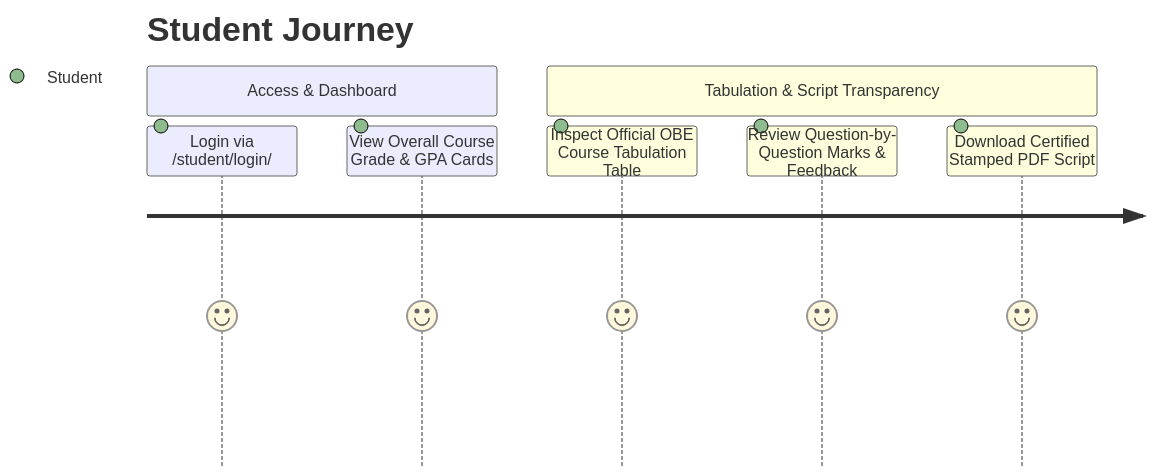
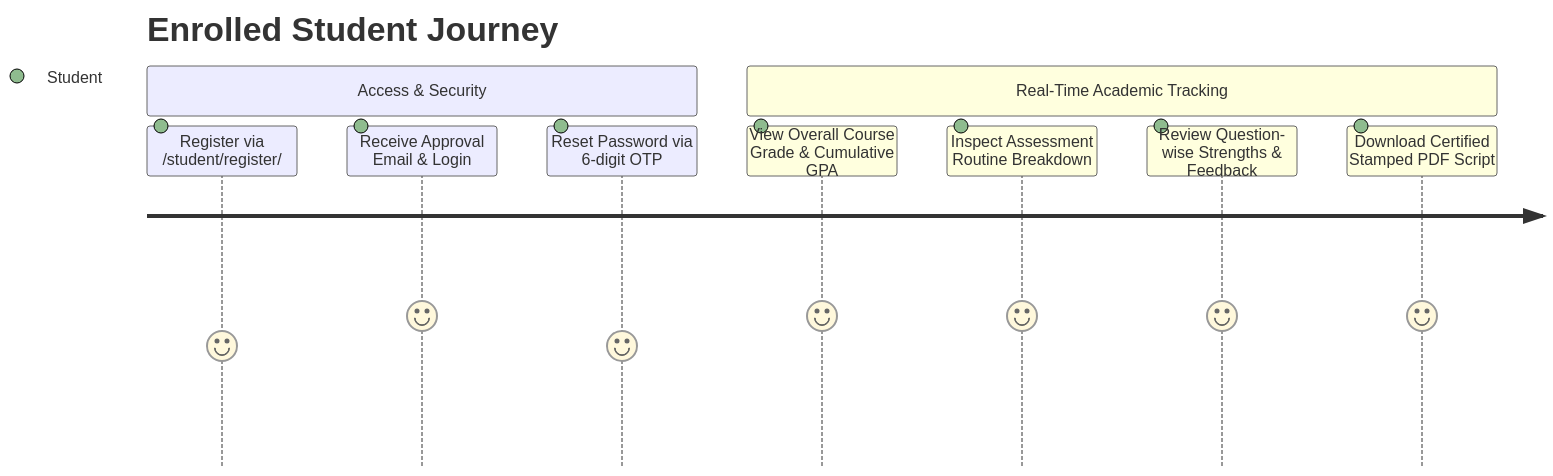
The fifth of 6 diagrams in docs/MASTER_SYSTEM_REPORT.md (hijbullahx/IntelliGrade), drawn with Mermaid before and after one commit. The commit also changed other lines of this file and 9 other files, not shown here.

Commit message:
docs: initialize comprehensive project documentation, including system architecture, business rules, and technical requirements

````diff
--- a/docs/MASTER_SYSTEM_REPORT.md
+++ b/docs/MASTER_SYSTEM_REPORT.md
@@ -211,11 +167,13 @@
 ```mermaid
 journey
-    title Student Journey
-    section Access & Dashboard
-      Login via /student/login/: 5: Student
-      View Overall Course Grade & GPA Cards: 5: Student
-    section Tabulation & Script Transparency
-      Inspect Official OBE Course Tabulation Table: 5: Student
-      Review Question-by-Question Marks & Feedback: 5: Student
+    title Enrolled Student Journey
+    section Access & Security
+      Register via /student/register/: 4: Student
+      Receive Approval Email & Login: 5: Student
+      Reset Password via 6-digit OTP: 4: Student
+    section Real-Time Academic Tracking
+      View Overall Course Grade & Cumulative GPA: 5: Student
+      Inspect Assessment Routine Breakdown: 5: Student
+      Review Question-wise Strengths & Feedback: 5: Student
       Download Certified Stamped PDF Script: 5: Student
 ```
````
